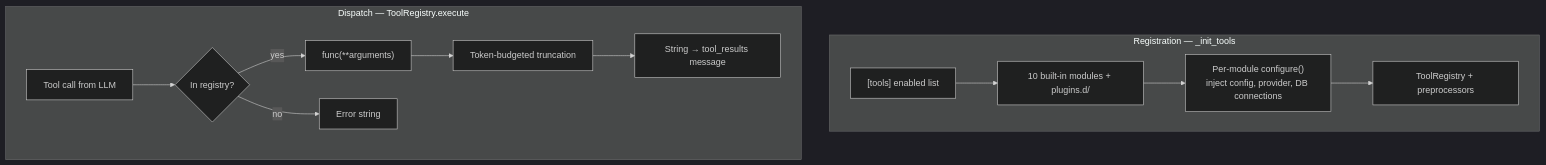
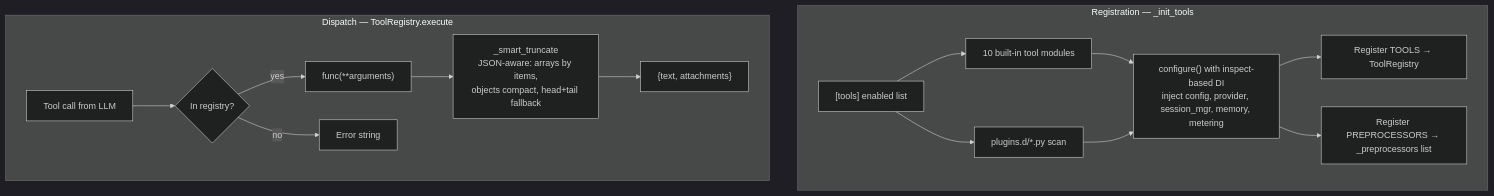
The seventh of 10 diagrams in docs/diagrams.md (nicolasforstinger/lucyd), drawn with Mermaid (dark theme) before and after one commit. The commit also changed other lines of this file and 1 other file, not shown here.

First line of the commit message:
Rewrite diagrams.md and operations.md from code

````diff
--- a/docs/diagrams.md
+++ b/docs/diagrams.md
@@ -256,23 +249,28 @@
 ```mermaid
 flowchart TD
     subgraph Startup["Registration — _init_tools"]
         CONFIG["[tools] enabled list"]
-        MODULES["10 built-in modules + plugins.d/"]
-        CONFIGURE["Per-module configure()<br/>inject config, provider, DB connections"]
-        REG["ToolRegistry + preprocessors"]
-        CONFIG --> MODULES --> CONFIGURE --> REG
+        BUILTIN["10 built-in tool modules"]
+        PLUGINS["plugins.d/*.py scan"]
+        DI["configure() with inspect-based DI<br/>inject config, provider, session_mgr, memory, metering"]
+        REG_TOOLS["Register TOOLS → ToolRegistry"]
+        REG_PP["Register PREPROCESSORS → _preprocessors list"]
+        CONFIG --> BUILTIN --> DI
+        CONFIG --> PLUGINS --> DI
+        DI --> REG_TOOLS
+        DI --> REG_PP
     end
 
     subgraph Runtime["Dispatch — ToolRegistry.execute"]
         CALL["Tool call from LLM"]
         LOOKUP{"In registry?"}
         EXEC["func(**arguments)"]
-        TRUNC["Token-budgeted truncation"]
-        RESULT["String → tool_results message"]
+        TRUNC["_smart_truncate<br/>JSON-aware: arrays by items,<br/>objects compact, head+tail fallback"]
+        RESULT["{text, attachments}"]
         ERR["Error string"]
     end
 
     CALL --> LOOKUP
     LOOKUP -->|yes| EXEC --> TRUNC --> RESULT
     LOOKUP -->|no| ERR
 ```
````
